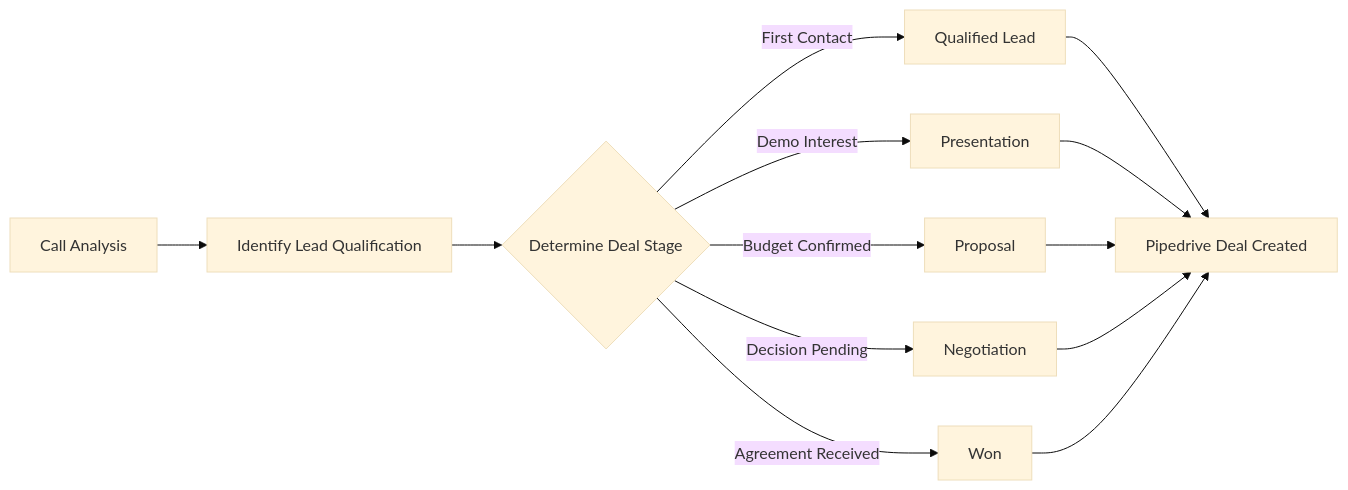
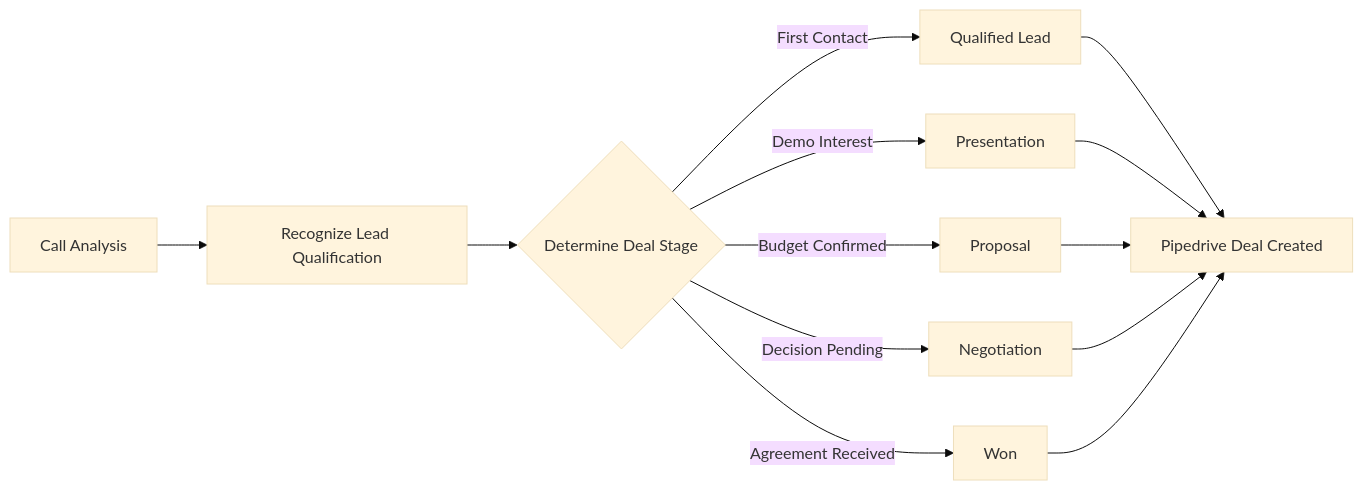
Before and after one commit to bekgroup/Famulor-docs-de: the diagram in en/automation-platform/integrations/einzelintegrations/pipedrive.mdx, drawn with Mermaid (base theme). The commit also changed other lines of this file and 273 other files, not shown here.

````diff
--- a/en/automation-platform/integrations/einzelintegrations/pipedrive.mdx
+++ b/en/automation-platform/integrations/einzelintegrations/pipedrive.mdx
@@ -34,15 +35,15 @@
 ```mermaid
 graph LR
-    A[Call Analysis] --> B[Identify Lead Qualification]
+    A[Call Analysis] --> B[Recognize Lead Qualification]
     B --> C{Determine Deal Stage}
     C -->|First Contact| D[Qualified Lead]
     C -->|Demo Interest| E[Presentation]
     C -->|Budget Confirmed| F[Proposal]
     C -->|Decision Pending| G[Negotiation]
     C -->|Agreement Received| H[Won]
     D --> I[Pipedrive Deal Created]
     E --> I
     F --> I
     G --> I
     H --> I
 ```
````
